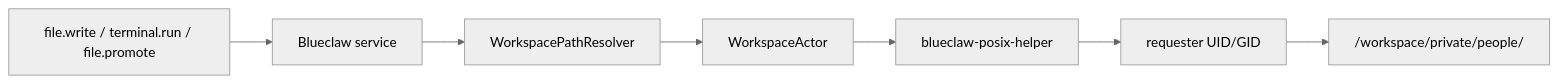
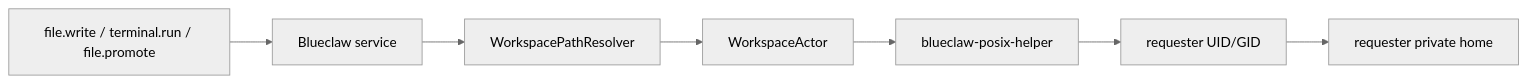
The first of 2 diagrams in README.md (Dawn-kim-official/blueclaw), drawn with Mermaid (neutral theme) before and after one commit. The commit also changed other lines of this file and 12 other files, not shown here.

````diff
--- a/README.md
+++ b/README.md
@@ -142,9 +142,9 @@
 ```mermaid
 flowchart LR
   Tool["file.write / terminal.run / file.promote"] --> Service["Blueclaw service"]
   Service --> Resolver["WorkspacePathResolver"]
   Resolver --> Actor["WorkspaceActor"]
   Actor --> Helper["blueclaw-posix-helper"]
   Helper --> Requester["requester UID/GID"]
-  Requester --> Workspace["/workspace/private/people/<personID>"]
+  Requester --> Workspace["requester private home"]
 ```
````
